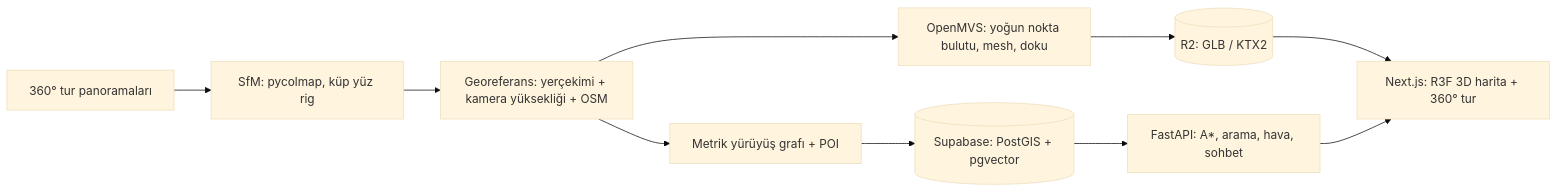
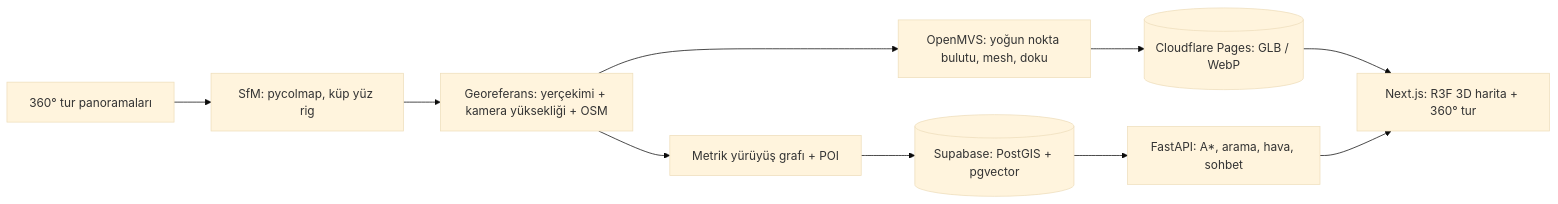
The diagram in README.md (Yigtwxx/aydin-university-map), drawn with Mermaid (base theme) before and after one commit. The commit also changed other lines of this file and 20 other files, not shown here.

First line of the commit message:
feat(pipeline): add OSM georeferencing, graph contract and mapper tuning

````diff
--- a/README.md
+++ b/README.md
@@ -36,12 +36,12 @@
 ```mermaid
 flowchart LR
   T[360° tur panoramaları] --> S[SfM: pycolmap, küp yüz rig]
   S --> G[Georeferans: yerçekimi + kamera yüksekliği + OSM]
   G --> M[OpenMVS: yoğun nokta bulutu, mesh, doku]
   G --> W[Metrik yürüyüş grafı + POI]
-  M --> R2[(R2: GLB / KTX2)]
+  M --> CDN[(Cloudflare Pages: GLB / WebP)]
   W --> DB[(Supabase: PostGIS + pgvector)]
   DB --> API[FastAPI: A*, arama, hava, sohbet]
-  R2 --> WEB[Next.js: R3F 3D harita + 360° tur]
+  CDN --> WEB[Next.js: R3F 3D harita + 360° tur]
   API --> WEB
 ```
````
